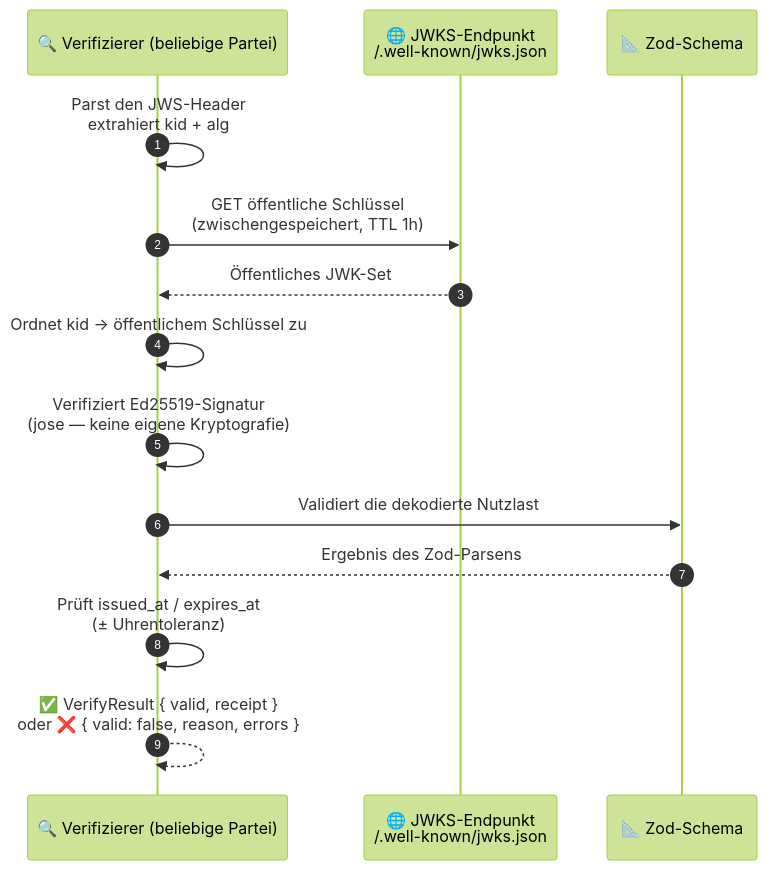
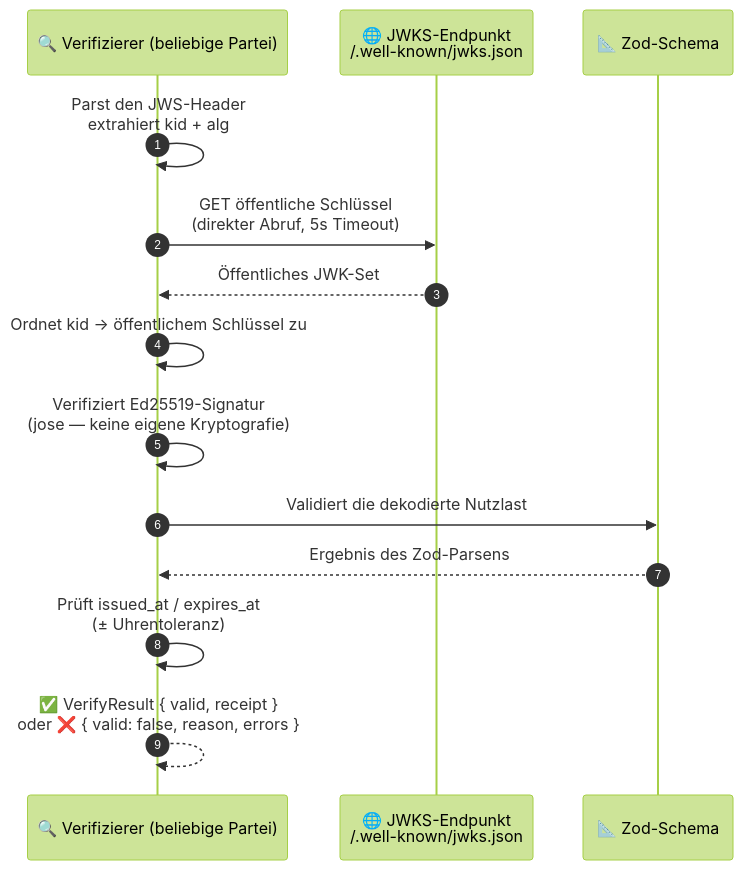
Before and after one commit to Trusteedxyz/Trust-Receipt-Verifier: the second of 3 diagrams in README.de.md, drawn with Mermaid (forest theme). The commit also changed other lines of this file and 17 other files, not shown here.

````diff
--- a/README.de.md
+++ b/README.de.md
@@ -103,17 +103,17 @@
 ```mermaid
 sequenceDiagram
     autonumber
     participant Verifier as 🔍 Verifizierer (beliebige Partei)
     participant JWKS as 🌐 JWKS-Endpunkt<br/>/.well-known/jwks.json
     participant Schema as 📐 Zod-Schema
 
     Verifier->>Verifier: Parst den JWS-Header<br/>extrahiert kid + alg
-    Verifier->>JWKS: GET öffentliche Schlüssel<br/>(zwischengespeichert, TTL 1h)
+    Verifier->>JWKS: GET öffentliche Schlüssel<br/>(direkter Abruf, 5s Timeout)
     JWKS-->>Verifier: Öffentliches JWK-Set
     Verifier->>Verifier: Ordnet kid → öffentlichem Schlüssel zu
     Verifier->>Verifier: Verifiziert Ed25519-Signatur<br/>(jose — keine eigene Kryptografie)
     Verifier->>Schema: Validiert die dekodierte Nutzlast
     Schema-->>Verifier: Ergebnis des Zod-Parsens
     Verifier->>Verifier: Prüft issued_at / expires_at<br/>(± Uhrentoleranz)
     Verifier-->>Verifier: ✅ VerifyResult { valid, receipt }<br/>oder ❌ { valid: false, reason, errors }
 ```
````
